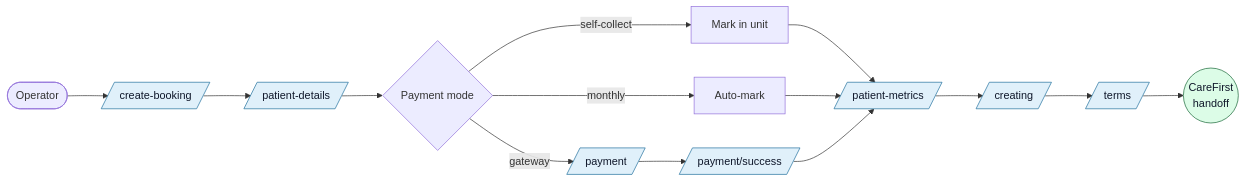
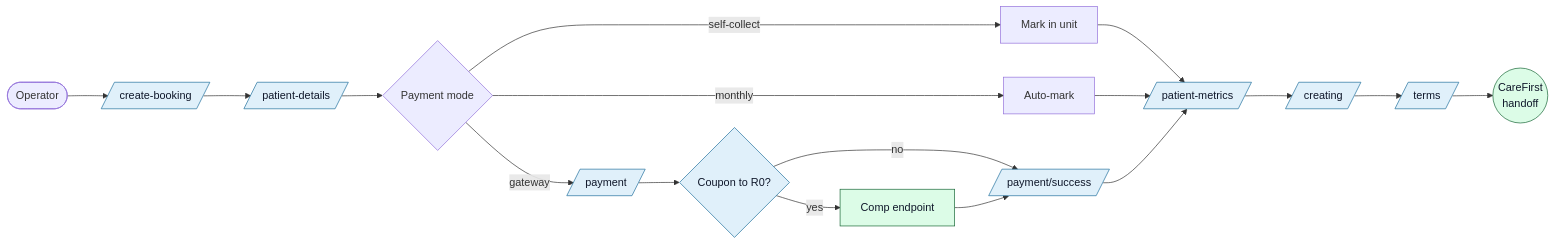
One commit to LuckyDaWizard/3rd-Party-Booking-System changed the first of 8 diagrams in booking-app/content/reports/booking-flow.mdx. Above: the diagram before and after it, drawn with Mermaid. The commit also changed other lines of this file and 38 other files, not shown here.

First line of the commit message:
Coupons — discount codes on the booking flow (#1)

````diff
--- a/booking-app/content/reports/booking-flow.mdx
+++ b/booking-app/content/reports/booking-flow.mdx
@@ -37,21 +38,25 @@
 ```mermaid
 flowchart LR
     A([Operator]) --> B[/create-booking/]
     B --> C[/patient-details/]
     C --> D{Payment mode}
     D -->|gateway| E[/payment/]
     D -->|self-collect| F[Mark in unit]
     D -->|monthly| G[Auto-mark]
-    E --> H[/payment/success/]
+    E --> CP{Coupon to R0?}
+    CP -->|no| H[/payment/success/]
+    CP -->|yes| CC[Comp endpoint]
+    CC --> H
     F --> I[/patient-metrics/]
     G --> I
     H --> I
     I --> J[/creating/]
     J --> K[/terms/]
     K --> L((CareFirst<br/>handoff))
 
     classDef brand fill:#e0f0fa,stroke:#1f6f9d,color:#0f172a;
     classDef ok fill:#dcfce7,stroke:#166534,color:#0f172a;
-    class B,C,E,H,I,J,K brand;
+    class B,C,E,H,I,J,K,CP brand;
+    class CC ok;
     class L ok;
 ```
````
